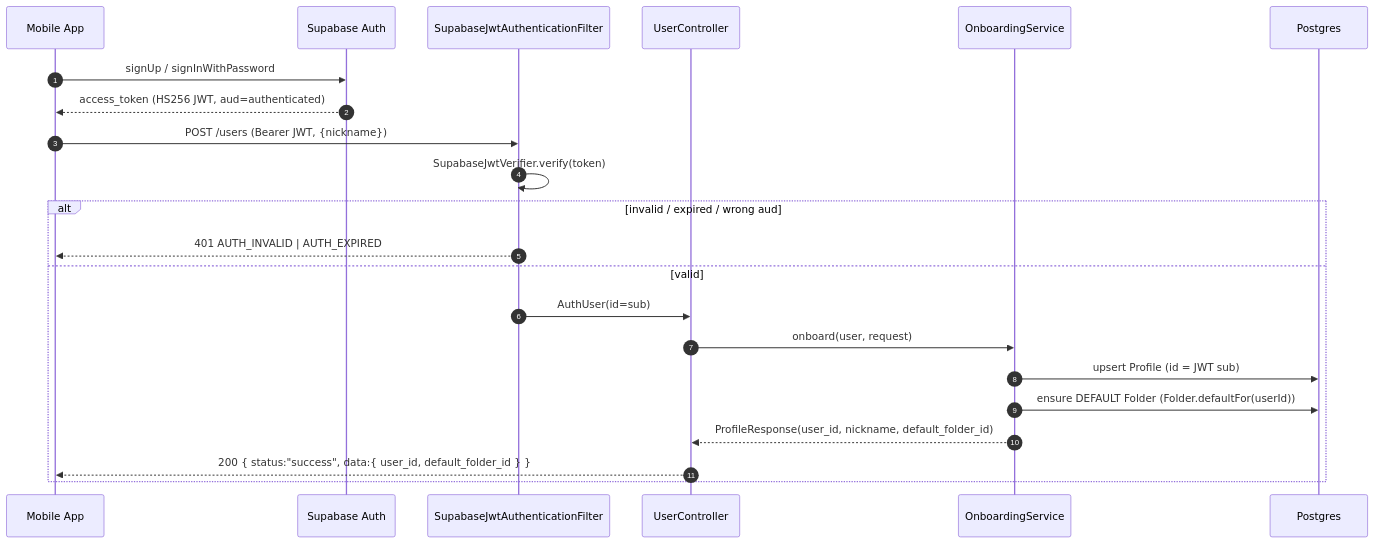
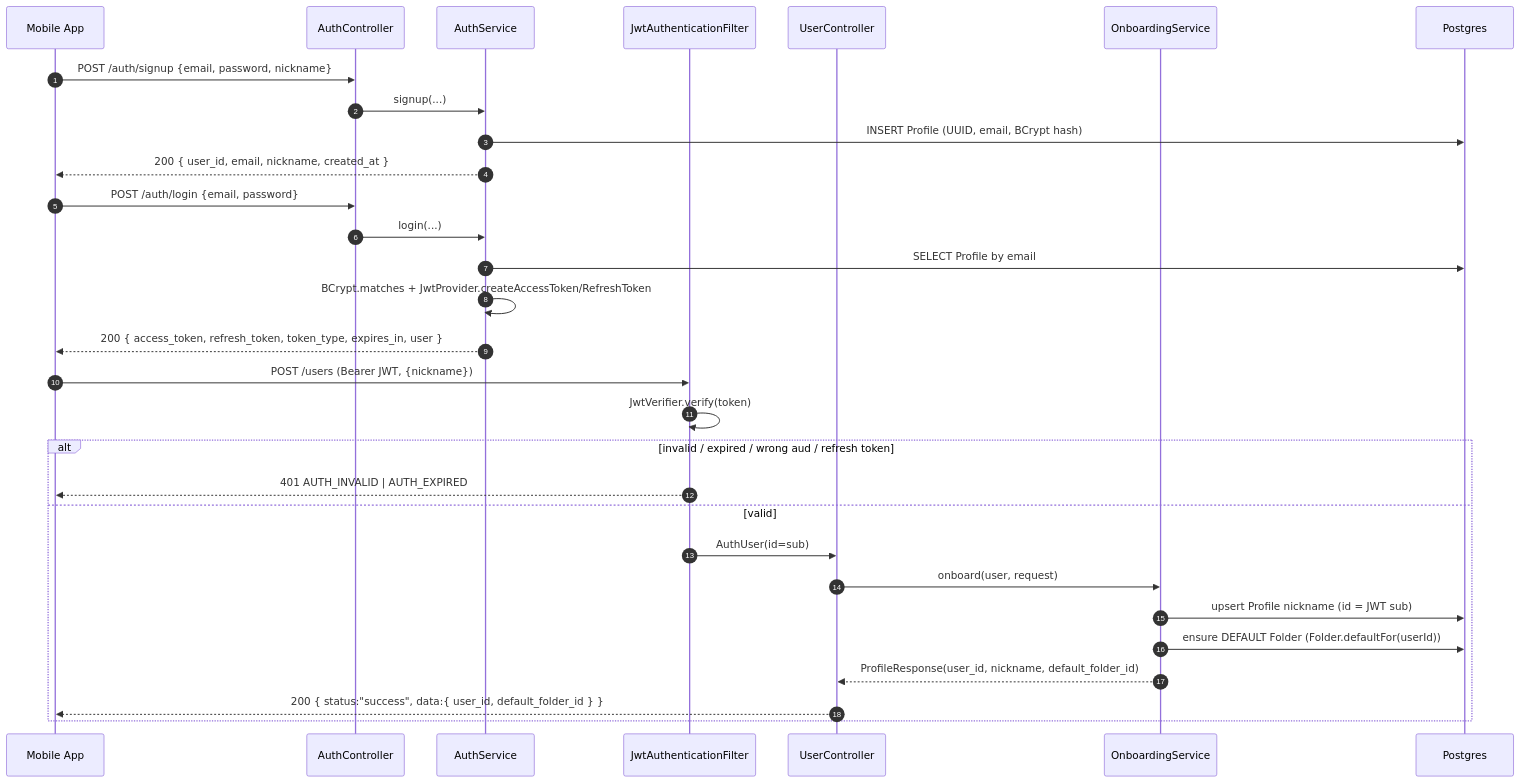
One commit to Hongik-graduProject/BE changed the first of 3 diagrams in docs/architecture.md. Above: the diagram before and after it, drawn with Mermaid. The commit also changed other lines of this file and 41 other files, not shown here.

````diff
--- a/docs/architecture.md
+++ b/docs/architecture.md
@@ -22,26 +22,35 @@
 ```mermaid
 sequenceDiagram
     autonumber
     participant FE as Mobile App
-    participant SB as Supabase Auth
-    participant Filter as SupabaseJwtAuthenticationFilter
+    participant AC as AuthController
+    participant AS as AuthService
+    participant Filter as JwtAuthenticationFilter
     participant UC as UserController
     participant OB as OnboardingService
     participant DB as Postgres
 
-    FE->>SB: signUp / signInWithPassword
-    SB-->>FE: access_token (HS256 JWT, aud=authenticated)
+    FE->>AC: POST /auth/signup {email, password, nickname}
+    AC->>AS: signup(...)
+    AS->>DB: INSERT Profile (UUID, email, BCrypt hash)
+    AS-->>FE: 200 { user_id, email, nickname, created_at }
+
+    FE->>AC: POST /auth/login {email, password}
+    AC->>AS: login(...)
+    AS->>DB: SELECT Profile by email
+    AS->>AS: BCrypt.matches + JwtProvider.createAccessToken/RefreshToken
+    AS-->>FE: 200 { access_token, refresh_token, token_type, expires_in, user }
 
     FE->>Filter: POST /users (Bearer JWT, {nickname})
-    Filter->>Filter: SupabaseJwtVerifier.verify(token)
-    alt invalid / expired / wrong aud
+    Filter->>Filter: JwtVerifier.verify(token)
+    alt invalid / expired / wrong aud / refresh token
         Filter-->>FE: 401 AUTH_INVALID | AUTH_EXPIRED
     else valid
         Filter->>UC: AuthUser(id=sub)
         UC->>OB: onboard(user, request)
-        OB->>DB: upsert Profile (id = JWT sub)
+        OB->>DB: upsert Profile nickname (id = JWT sub)
         OB->>DB: ensure DEFAULT Folder (Folder.defaultFor(userId))
         OB-->>UC: ProfileResponse(user_id, nickname, default_folder_id)
         UC-->>FE: 200 { status:"success", data:{ user_id, default_folder_id } }
     end
 ```
````
